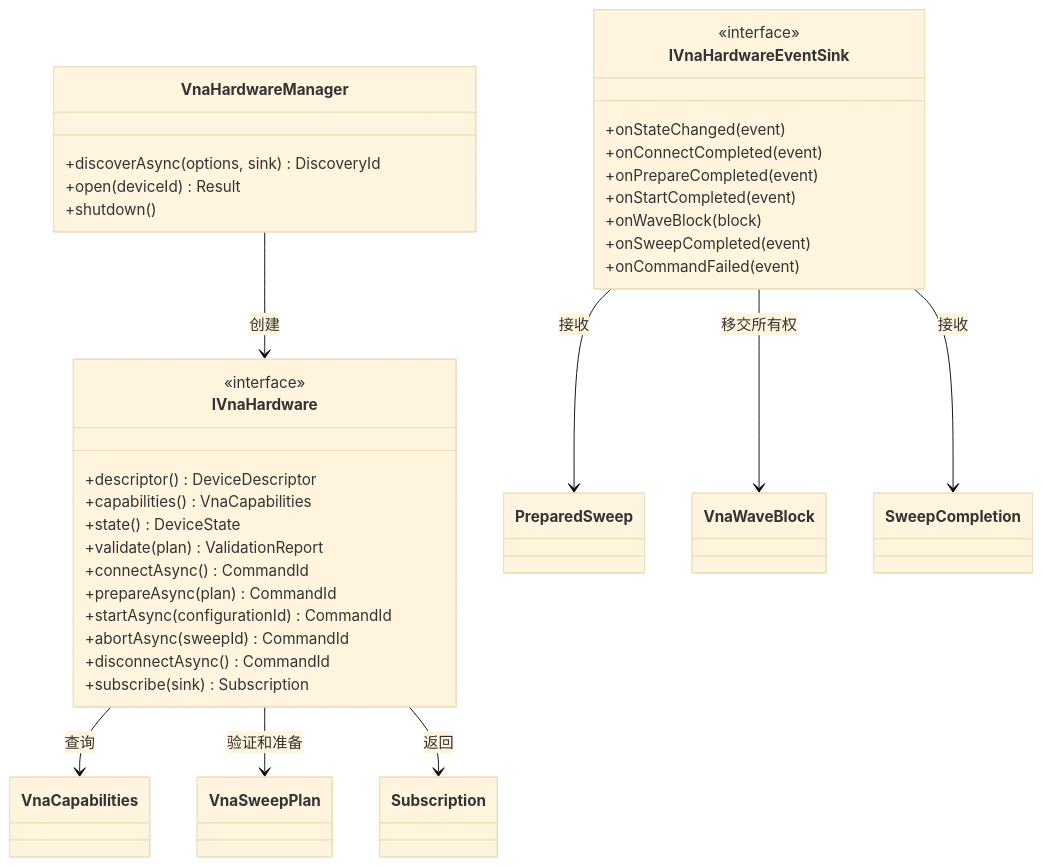
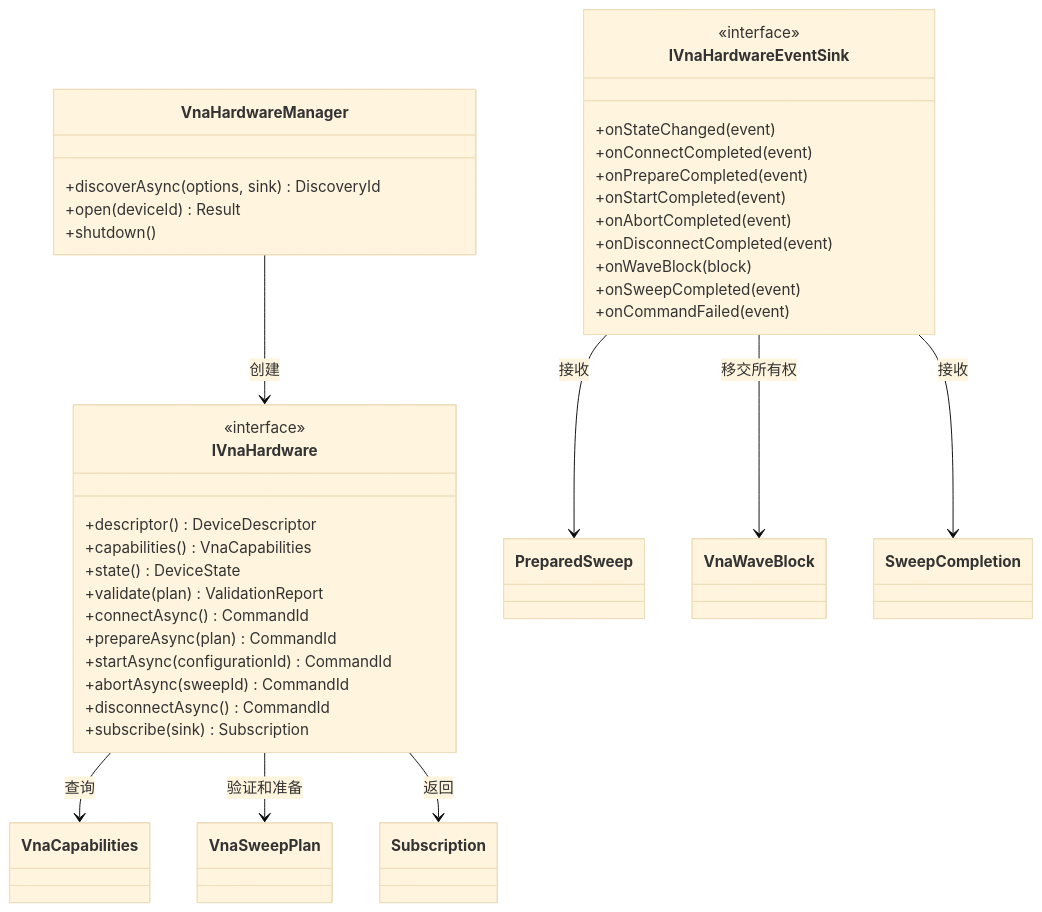
One commit to aniping/VnaPro changed the second of 9 diagrams in docs/硬件适配层软件设计.md. Above: the diagram before and after it, drawn with Mermaid (base theme). The commit also changed other lines of this file and 2 other files, not shown here.

````diff
--- a/docs/硬件适配层软件设计.md
+++ b/docs/硬件适配层软件设计.md
@@ -120,45 +121,47 @@
 ```mermaid
 classDiagram
     class VnaHardwareManager {
         +discoverAsync(options, sink) DiscoveryId
         +open(deviceId) Result
         +shutdown()
     }
     class IVnaHardware {
         <<interface>>
         +descriptor() DeviceDescriptor
         +capabilities() VnaCapabilities
         +state() DeviceState
         +validate(plan) ValidationReport
         +connectAsync() CommandId
         +prepareAsync(plan) CommandId
         +startAsync(configurationId) CommandId
         +abortAsync(sweepId) CommandId
         +disconnectAsync() CommandId
         +subscribe(sink) Subscription
     }
     class IVnaHardwareEventSink {
         <<interface>>
         +onStateChanged(event)
         +onConnectCompleted(event)
         +onPrepareCompleted(event)
         +onStartCompleted(event)
+        +onAbortCompleted(event)
+        +onDisconnectCompleted(event)
         +onWaveBlock(block)
         +onSweepCompleted(event)
         +onCommandFailed(event)
     }
     class VnaSweepPlan
     class PreparedSweep
     class VnaCapabilities
     class VnaWaveBlock
     class SweepCompletion
     class Subscription
 
     VnaHardwareManager --> IVnaHardware : 创建
     IVnaHardware --> VnaCapabilities : 查询
     IVnaHardware --> VnaSweepPlan : 验证和准备
     IVnaHardwareEventSink --> PreparedSweep : 接收
     IVnaHardwareEventSink --> VnaWaveBlock : 移交所有权
     IVnaHardwareEventSink --> SweepCompletion : 接收
     IVnaHardware --> Subscription : 返回
 ```
````
